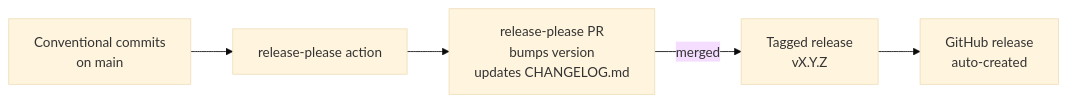
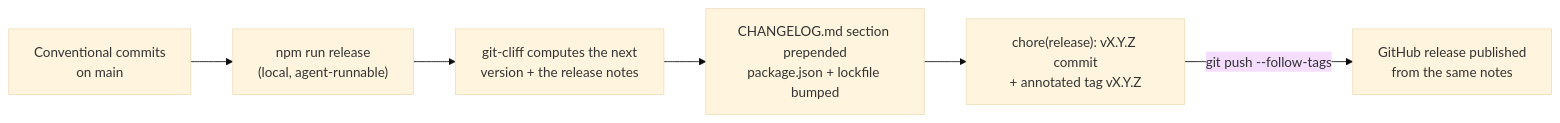
One commit to semi-sentient/vibe-starter changed the third of 3 diagrams in docs/design/TOOLING_DESIGN.md. Above: the diagram before and after it, drawn with Mermaid (base theme). The commit also changed other lines of this file and 8 other files, not shown here.

````diff
--- a/docs/design/TOOLING_DESIGN.md
+++ b/docs/design/TOOLING_DESIGN.md
@@ -467,7 +473,8 @@
 ```mermaid
 flowchart LR
-  Commits[Conventional commits<br/>on main] --> RP[release-please action]
-  RP --> RPPR[release-please PR<br/>bumps version<br/>updates CHANGELOG.md]
-  RPPR -->|merged| Tag[Tagged release<br/>vX.Y.Z]
-  Tag --> GH[GitHub release<br/>auto-created]
+  Commits[Conventional commits<br/>on main] --> Run["npm run release<br/>(local, agent-runnable)"]
+  Run --> Cliff[git-cliff computes the next<br/>version + the release notes]
+  Cliff --> Write["CHANGELOG.md section prepended<br/>package.json + lockfile bumped"]
+  Write --> Tag["chore(release): vX.Y.Z commit<br/>+ annotated tag vX.Y.Z"]
+  Tag -->|git push --follow-tags| GH[GitHub release published<br/>from the same notes]
 ```
````
